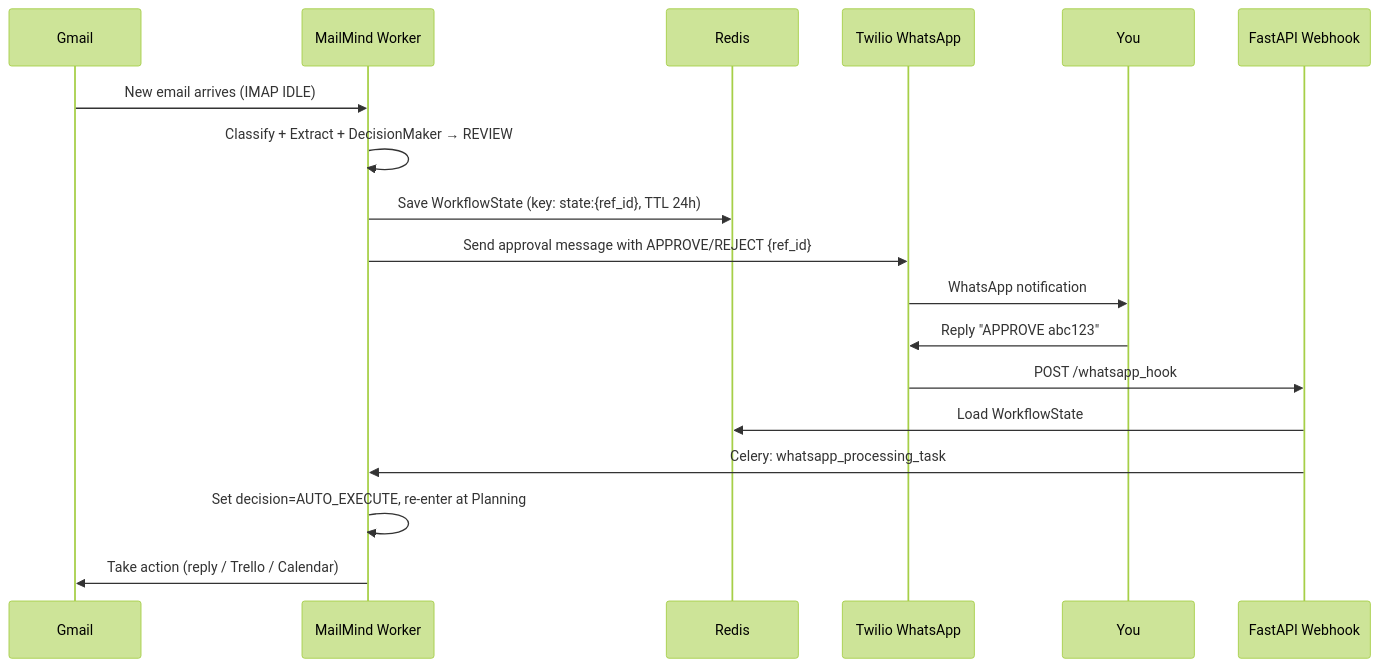
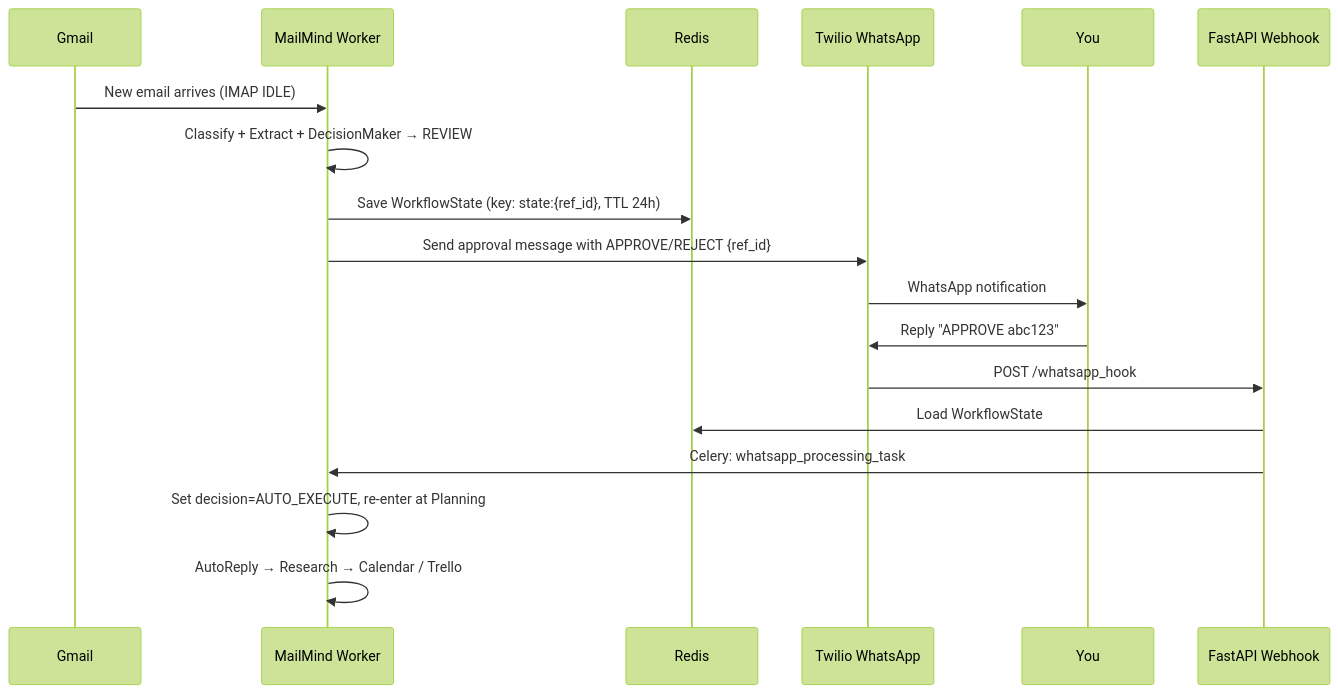
One commit to Maharavan/MailMind changed the second of 4 diagrams in README.md. Above: the diagram before and after it, drawn with Mermaid (forest theme). The commit also changed other lines of this file and 11 other files, not shown here.

Commit message:
feat: integrate Tavily for web research and action plan synthesis

````diff
--- a/README.md
+++ b/README.md
@@ -69,22 +71,22 @@
 ```mermaid
 sequenceDiagram
     participant G as Gmail
     participant W as MailMind Worker
     participant R as Redis
     participant T as Twilio WhatsApp
     participant U as You
     participant F as FastAPI Webhook
 
     G->>W: New email arrives (IMAP IDLE)
     W->>W: Classify + Extract + DecisionMaker → REVIEW
     W->>R: Save WorkflowState (key: state:{ref_id}, TTL 24h)
     W->>T: Send approval message with APPROVE/REJECT {ref_id}
     T->>U: WhatsApp notification
 
     U->>T: Reply "APPROVE abc123"
     T->>F: POST /whatsapp_hook
     F->>R: Load WorkflowState
     F->>W: Celery: whatsapp_processing_task
     W->>W: Set decision=AUTO_EXECUTE, re-enter at Planning
-    W->>G: Take action (reply / Trello / Calendar)
+    W->>W: AutoReply → Research → Calendar / Trello
 ```
````
